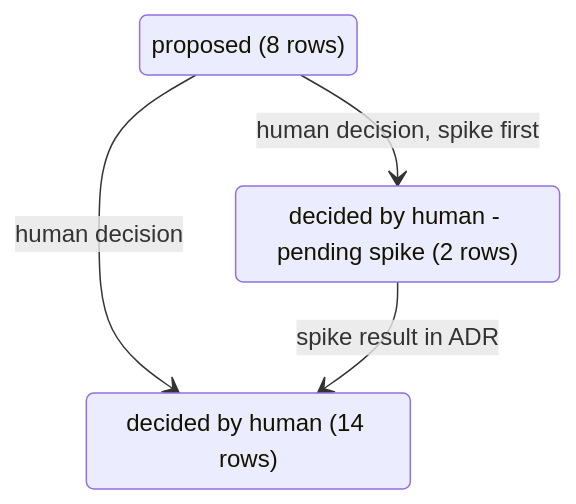
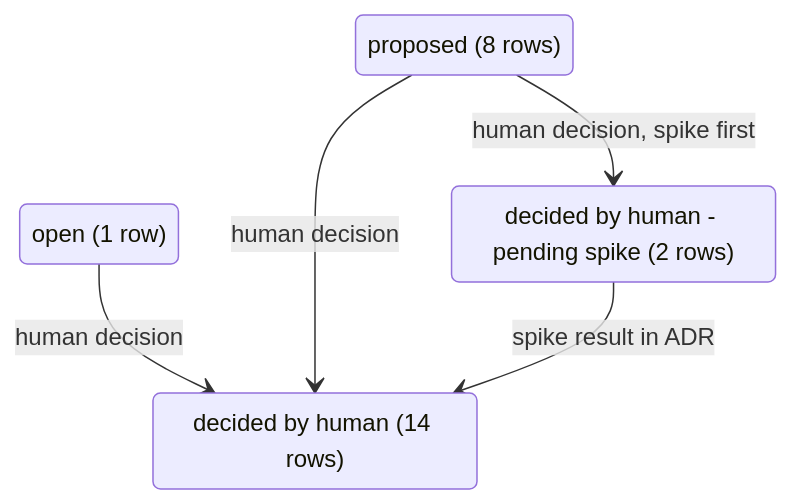
The third of 5 diagrams in docs/roadmap/PROPOSAL.md (virgenherrera/lan-solution-template), drawn with Mermaid before and after one commit. The commit also changed other lines of this file and 11 other files, not shown here.

First line of the commit message:
docs: audit the architecture, roadmap and README against the code and cut the noise

````diff
--- a/docs/roadmap/PROPOSAL.md
+++ b/docs/roadmap/PROPOSAL.md
@@ -96,9 +96,11 @@
 ```mermaid
 stateDiagram-v2
     state "proposed (8 rows)" as proposed
     state "decided by human (14 rows)" as human_decision
     state "decided by human - pending spike (2 rows)" as pending_spike
+    state "open (1 row)" as open_q
+    open_q --> human_decision : human decision
     proposed --> human_decision : human decision
     proposed --> pending_spike : human decision, spike first
     pending_spike --> human_decision : spike result in ADR
 ```
````
